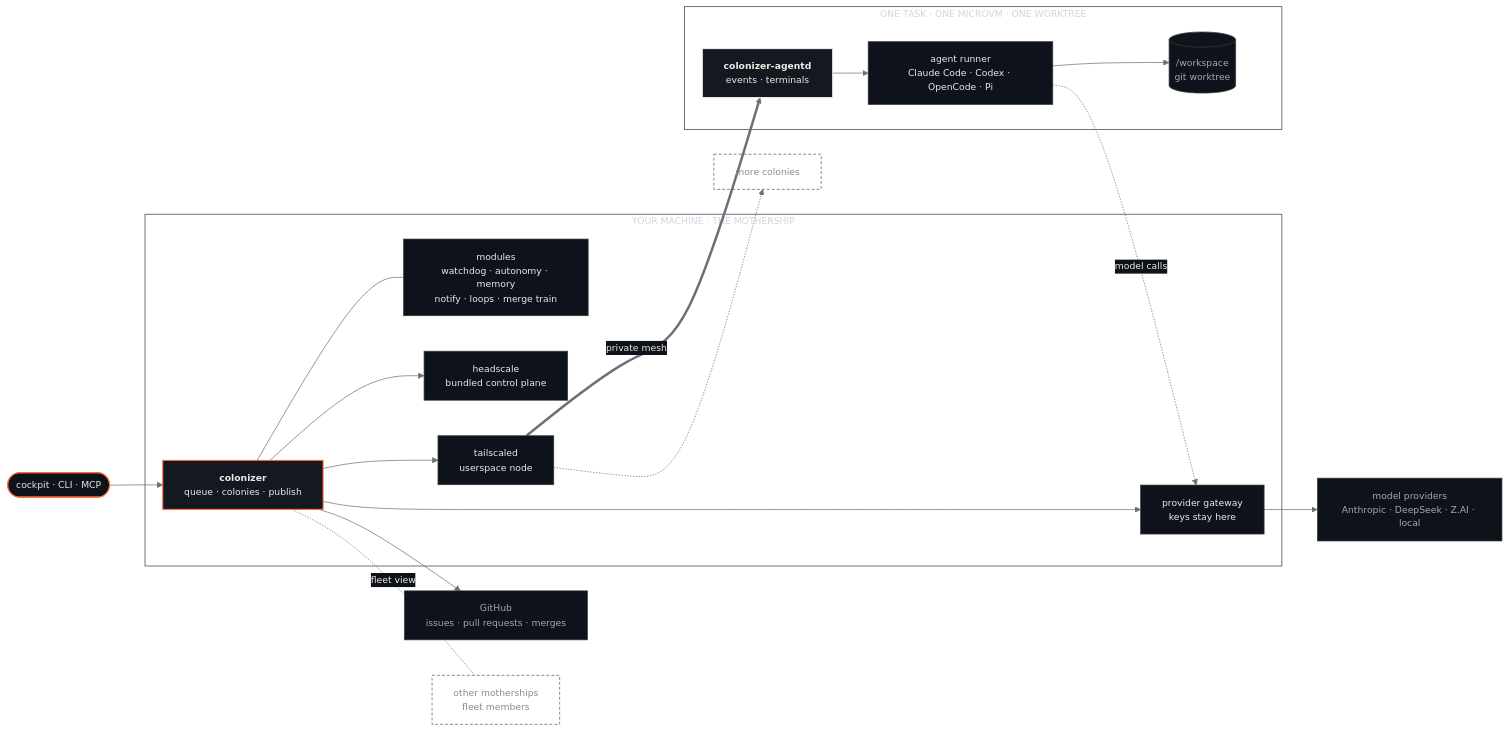
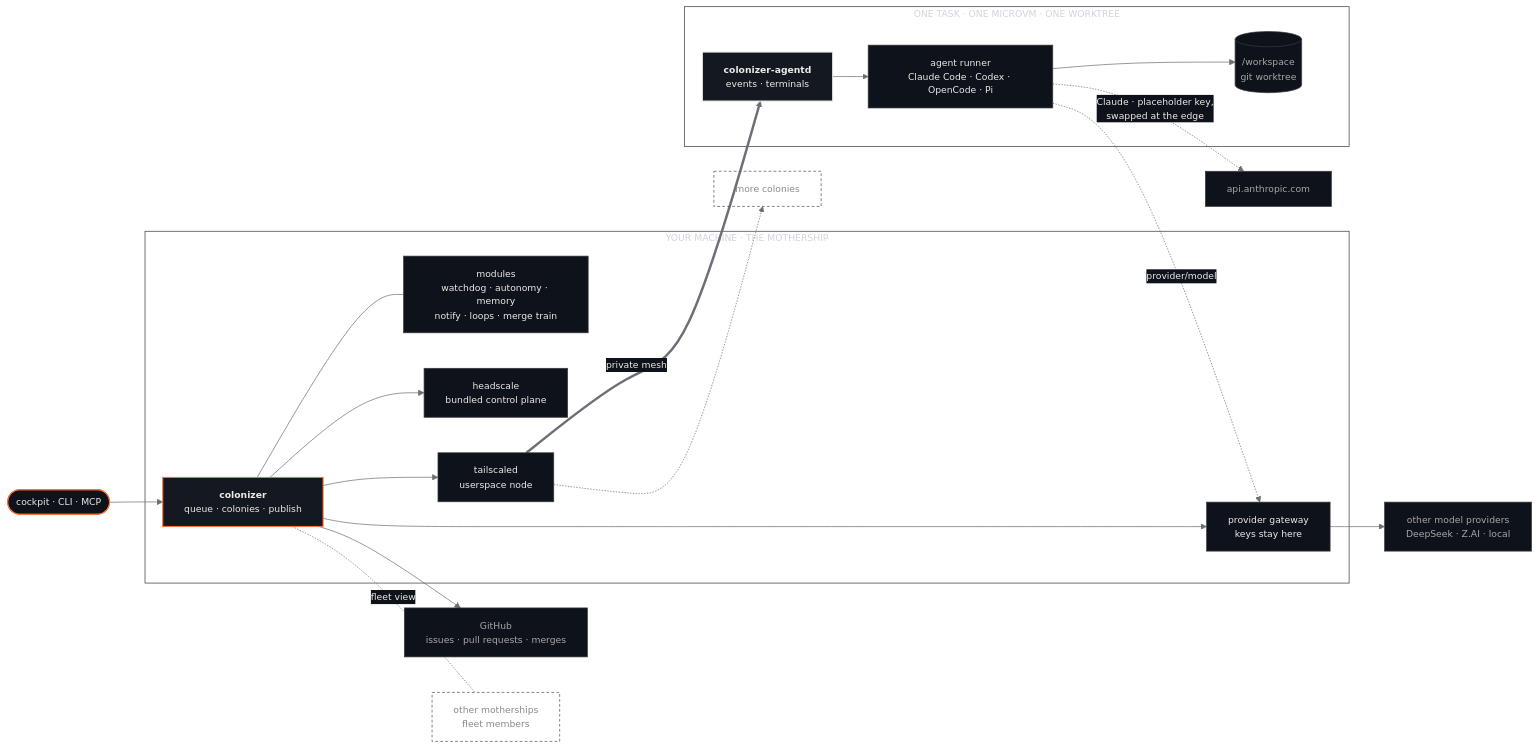
Before and after one commit to Colonizer-dev/harness: the diagram in docs/vision.md, drawn with Mermaid. The commit also changed 1 other file, not shown here.

Commit message:
docs(vision): Claude calls go direct with a swapped placeholder key; only provider/model routes use the gateway

````diff
--- a/docs/vision.md
+++ b/docs/vision.md
@@ -84,46 +84,47 @@
 ```mermaid
 %%{init: {"theme":"base","themeVariables":{
   "background":"transparent",
   "fontFamily":"ui-monospace, SFMono-Regular, Menlo, monospace",
   "fontSize":"13px",
   "primaryColor":"#141821","primaryTextColor":"#EDEBE6","primaryBorderColor":"#3A3A3F",
   "lineColor":"#6E6E76","textColor":"#8A8A8E",
   "clusterBkg":"transparent","clusterBorder":"#3A3A3F",
   "edgeLabelBackground":"#0E121A"
 }} }%%
 flowchart LR
   U(["cockpit · CLI · MCP"]):::req --> M
 
   subgraph HOST["YOUR MACHINE · THE MOTHERSHIP"]
     M["<b>colonizer</b><br/>queue · colonies · publish"]:::core
     MOD["modules<br/>watchdog · autonomy · memory<br/>notify · loops · merge train"]:::mod
     GW["provider gateway<br/>keys stay here"]:::mod
     HS["headscale<br/>bundled control plane"]:::mod
     TS["tailscaled<br/>userspace node"]:::mod
     M --- MOD
     M --> HS & TS & GW
   end
 
   subgraph C["ONE TASK · ONE MICROVM · ONE WORKTREE"]
     AD["<b>colonizer-agentd</b><br/>events · terminals"]:::port
     AG["agent runner<br/>Claude Code · Codex · OpenCode · Pi"]:::mod
     WT[("/workspace<br/>git worktree")]:::vendor
     AD --> AG --> WT
   end
 
   TS == "private mesh" ==> AD
-  AG -. "model calls" .-> GW
-  GW --> API["model providers<br/>Anthropic · DeepSeek · Z.AI · local"]:::vendor
+  AG -. "Claude · placeholder key,<br/>swapped at the edge" .-> ANT["api.anthropic.com"]:::vendor
+  AG -. "provider/model" .-> GW
+  GW --> API["other model providers<br/>DeepSeek · Z.AI · local"]:::vendor
   M --> GH["GitHub<br/>issues · pull requests · merges"]:::vendor
   C2["more colonies"]:::ghost
   TS -.-> C2
   F["other motherships<br/>fleet members"]:::ghost
   M -. "fleet view" .- F
 
   classDef req fill:#0E121A,stroke:#FF6B35,stroke-width:1.5px,color:#EDEBE6
   classDef core fill:#141821,stroke:#FF6B35,stroke-width:1.5px,color:#EDEBE6
   classDef mod fill:#0E121A,stroke:#3A3A3F,color:#EDEBE6
   classDef port fill:#141821,stroke:#EDEBE6,stroke-width:1.5px,color:#EDEBE6
   classDef vendor fill:#0E121A,stroke:#3A3A3F,color:#A9A8A5
   classDef ghost fill:transparent,stroke:#55555A,stroke-dasharray:4 3,color:#8A8A8E
 ```
````
